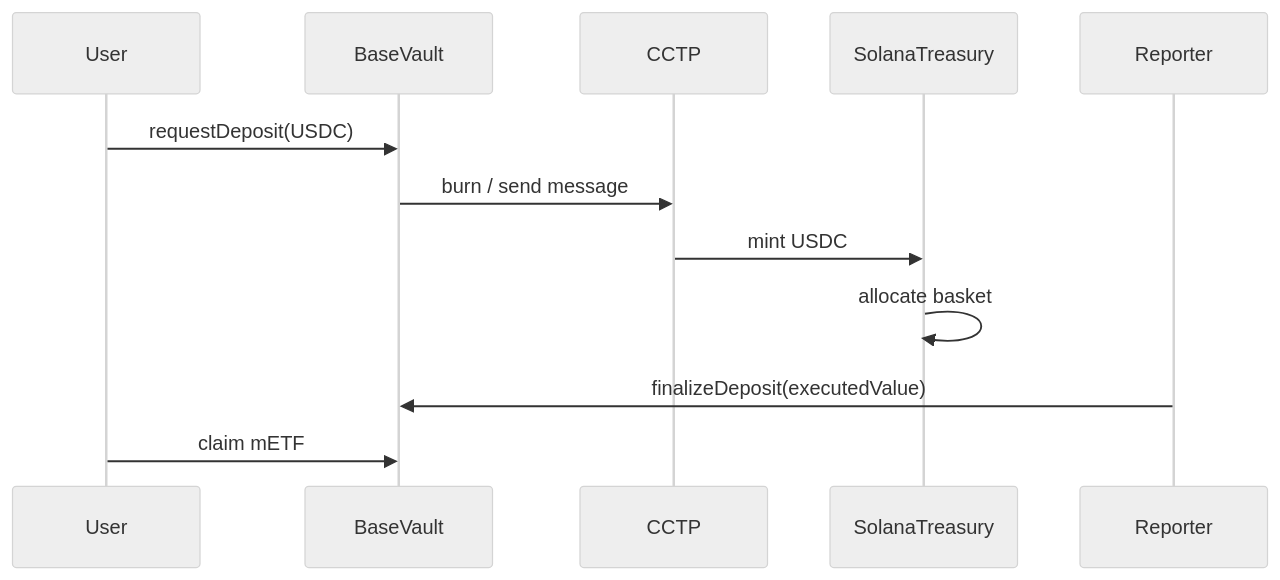
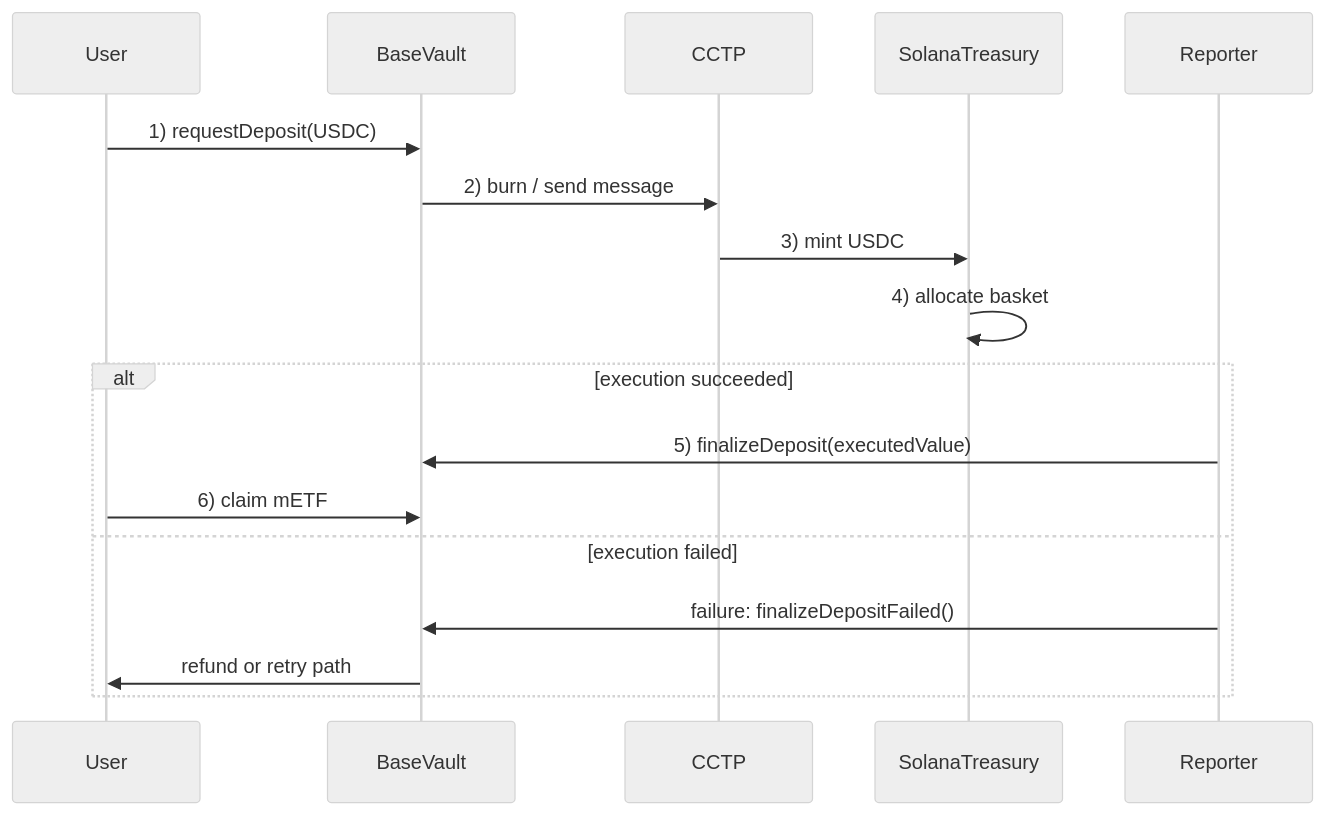
One commit to Ham3798/OmniETF changed the second of 3 diagrams in slides.md. Above: the diagram before and after it, drawn with Mermaid (neutral theme). The commit also changed other lines of this file, not shown here.

````diff
--- a/slides.md
+++ b/slides.md
@@ -402,14 +429,19 @@
 ```mermaid
 sequenceDiagram
   participant User
   participant BaseVault
   participant CCTP
   participant SolanaTreasury
   participant Reporter
-  User->>BaseVault: requestDeposit(USDC)
-  BaseVault->>CCTP: burn / send message
-  CCTP->>SolanaTreasury: mint USDC
-  SolanaTreasury->>SolanaTreasury: allocate basket
-  Reporter->>BaseVault: finalizeDeposit(executedValue)
-  User->>BaseVault: claim mETF
+  User->>BaseVault: 1) requestDeposit(USDC)
+  BaseVault->>CCTP: 2) burn / send message
+  CCTP->>SolanaTreasury: 3) mint USDC
+  SolanaTreasury->>SolanaTreasury: 4) allocate basket
+  alt execution succeeded
+    Reporter->>BaseVault: 5) finalizeDeposit(executedValue)
+    User->>BaseVault: 6) claim mETF
+  else execution failed
+    Reporter->>BaseVault: failure: finalizeDepositFailed()
+    BaseVault->>User: refund or retry path
+  end
 ```
````
